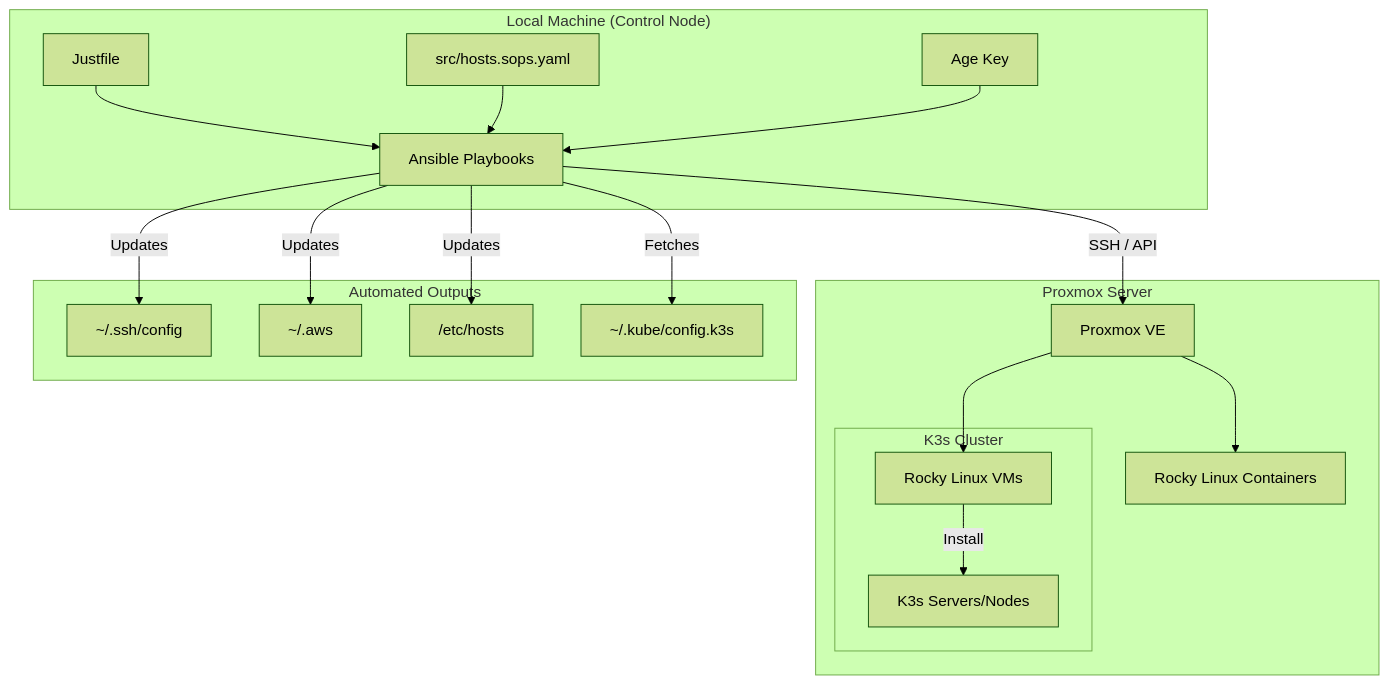
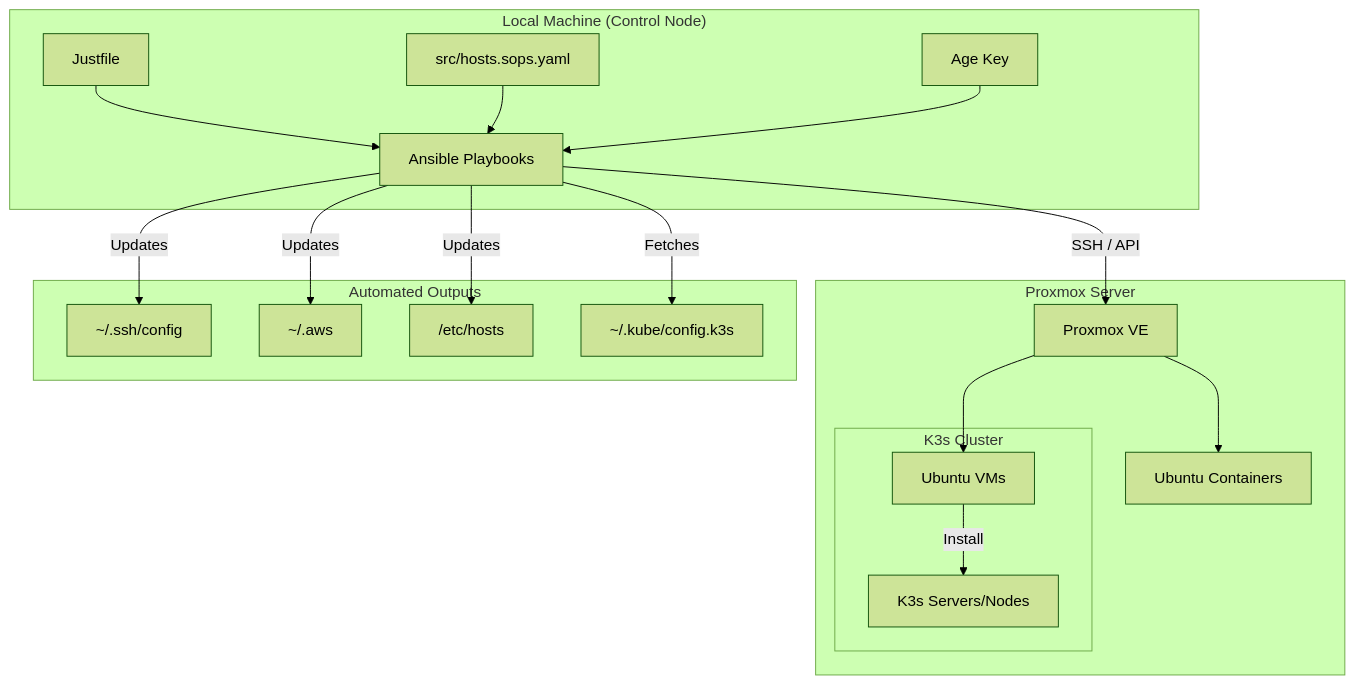
Before and after one commit to frankjuniorr/homelab-iac: the first of 2 diagrams in README.md, drawn with Mermaid (forest theme). The commit also changed other lines of this file and 23 other files, not shown here.

Commit message:
Replace OS: Rocky Linux 8 to Ubuntu 24.04

````diff
--- a/README.md
+++ b/README.md
@@ -55,25 +55,25 @@
 ```mermaid
 graph TD
     subgraph Localhost ["Local Machine (Control Node)"]
         J[Justfile] --> A[Ansible Playbooks]
         H["src/hosts.sops.yaml"] --> A
         AGE[Age Key] --> A
     end
 
     subgraph ProxmoxHost ["Proxmox Server"]
         A -- SSH / API --> P[Proxmox VE]
-        P --> VM[Rocky Linux VMs]
-        P --> LXC[Rocky Linux Containers]
+        P --> VM[Ubuntu VMs]
+        P --> LXC[Ubuntu Containers]
         
         subgraph Cluster ["K3s Cluster"]
             VM -- Install --> K[K3s Servers/Nodes]
         end
     end
 
     subgraph Outputs ["Automated Outputs"]
         A -- Updates --> SC["~/.ssh/config"]
         A -- Updates --> AC["~/.aws"]
         A -- Updates --> EH["/etc/hosts"]
         A -- Fetches --> KC["~/.kube/config.k3s"]
     end
 ```
````
